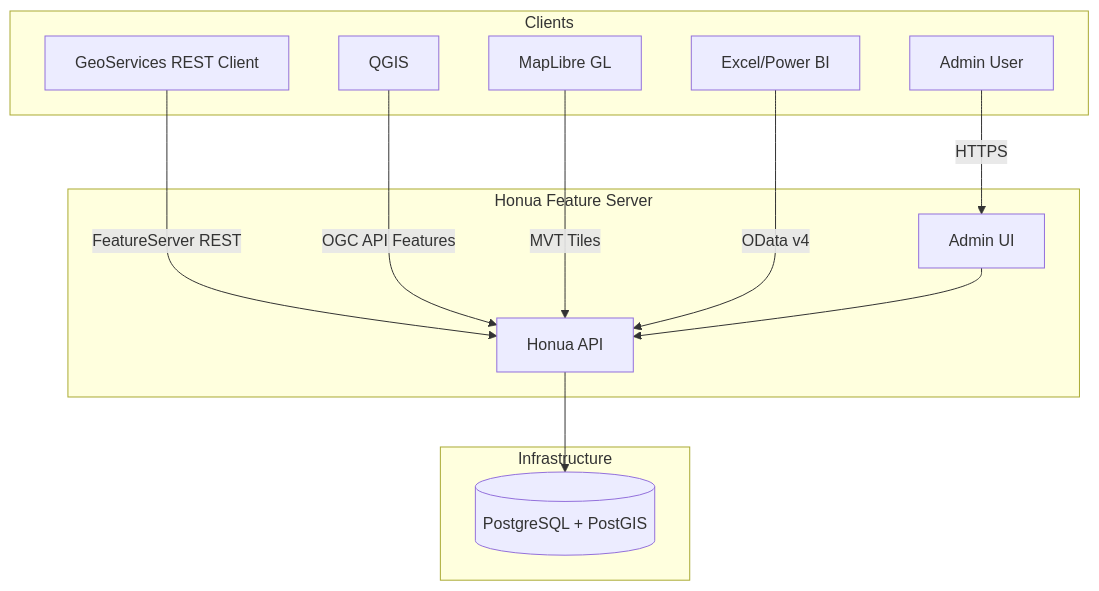
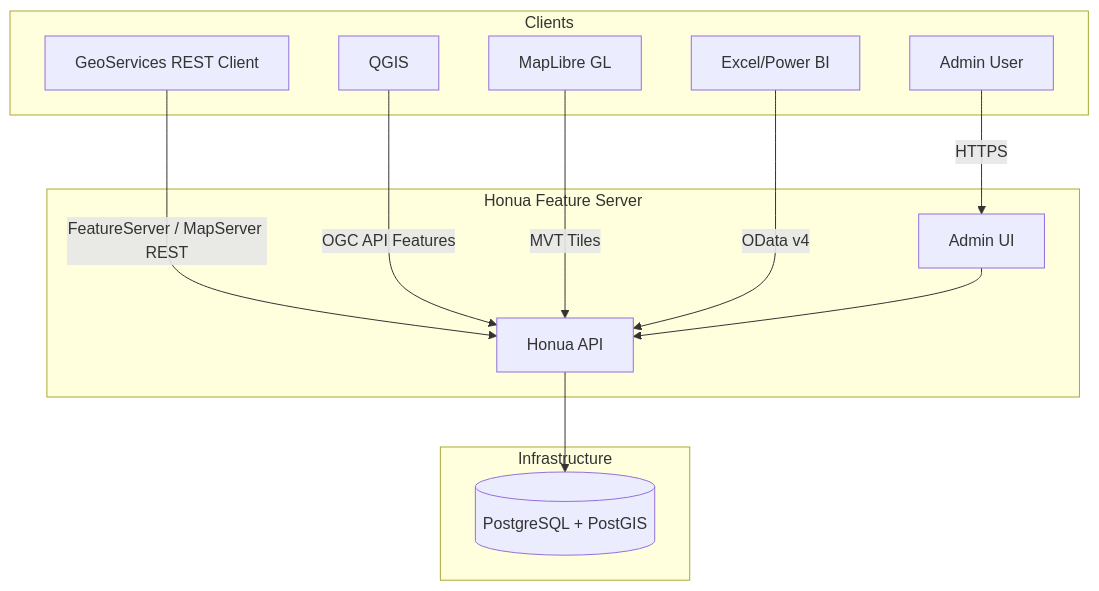
Before and after one commit to honua-io/honua-server: the second of 12 diagrams in docs/contributor/ARCHITECTURE_DIAGRAMS.md, drawn with Mermaid. The commit also changed other lines of this file and 17 other files, not shown here.

Commit message:
docs: include MapServer across docs and site (#297)

````diff
--- a/docs/contributor/ARCHITECTURE_DIAGRAMS.md
+++ b/docs/contributor/ARCHITECTURE_DIAGRAMS.md
@@ -46,28 +46,28 @@
 ```mermaid
 graph TB
     subgraph Clients
         GeoServicesClient[GeoServices REST Client]
         QGIS[QGIS]
         MapLibre[MapLibre GL]
         Excel[Excel/Power BI]
         Admin[Admin User]
     end
 
     subgraph "Honua Feature Server"
         API[Honua API]
         AdminUI[Admin UI]
     end
 
     subgraph Infrastructure
         PostGIS[(PostgreSQL + PostGIS)]
     end
 
-    GeoServicesClient -->|FeatureServer REST| API
+    GeoServicesClient -->|FeatureServer / MapServer REST| API
     QGIS -->|OGC API Features| API
     MapLibre -->|MVT Tiles| API
     Excel -->|OData v4| API
     Admin -->|HTTPS| AdminUI
 
     API --> PostGIS
     AdminUI --> API
 ```
````
